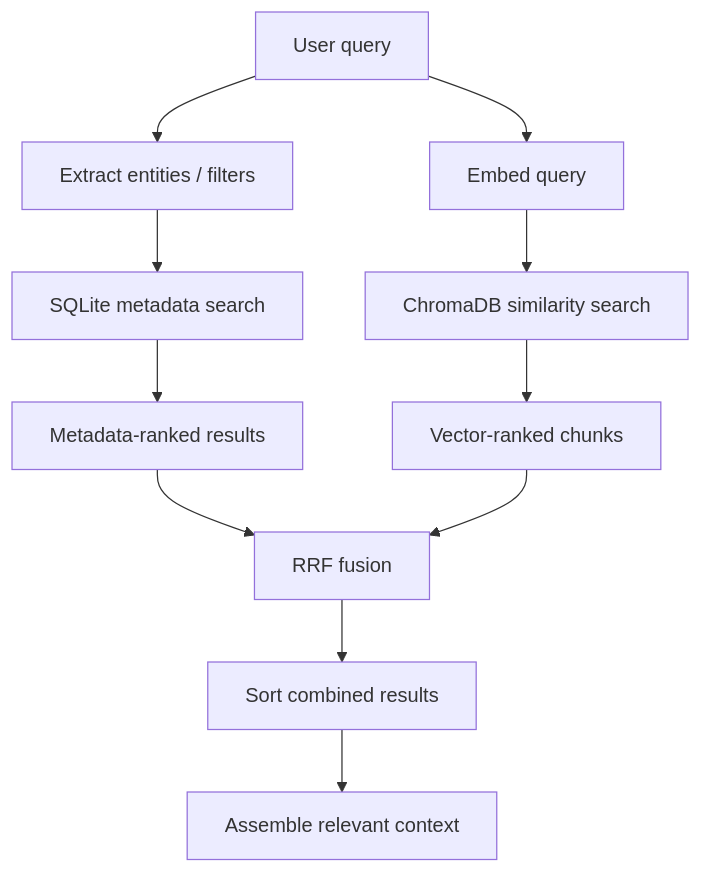
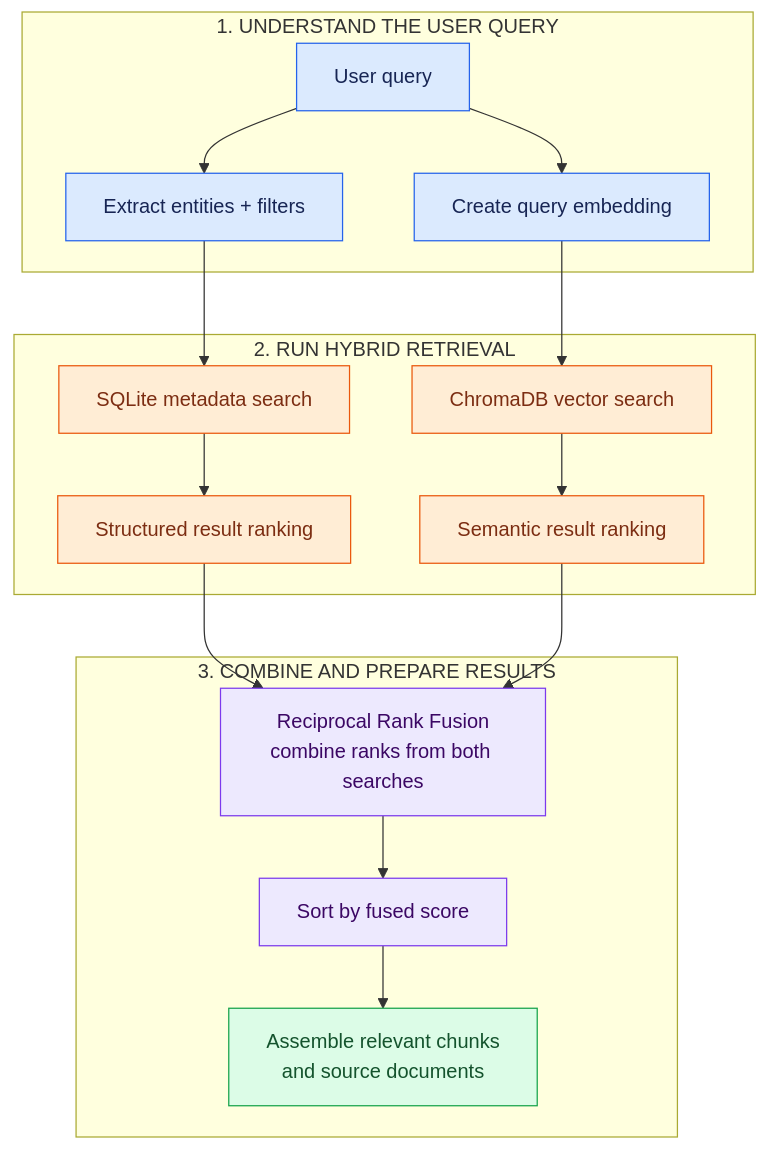
Diagram 11 of 15 in README.md (pratik-0302/job_description_agent), drawn with Mermaid before and after one commit. The commit also changed other lines of this file, not shown here.

Commit message:
docs: standardize README diagrams with staged architecture flows

````diff
--- a/README.md
+++ b/README.md
@@ -711,13 +860,30 @@
 ```mermaid
-flowchart TD
-    Q["User query"] --> PARSE["Extract entities / filters"]
-    Q --> EMBED["Embed query"]
-    PARSE --> SQL["SQLite metadata search"]
-    EMBED --> CHROMA["ChromaDB similarity search"]
-    SQL --> SQLR["Metadata-ranked results"]
-    CHROMA --> VECR["Vector-ranked chunks"]
-    SQLR --> FUSE["RRF fusion"]
-    VECR --> FUSE
-    FUSE --> RANK["Sort combined results"]
-    RANK --> CONTEXT["Assemble relevant context"]
+flowchart TB
+    subgraph INPUT["1. UNDERSTAND THE USER QUERY"]
+        QUERY["User query"] --> PARSE["Extract entities + filters"]
+        QUERY --> QEMBED["Create query embedding"]
+    end
+
+    subgraph PARALLEL["2. RUN HYBRID RETRIEVAL"]
+        PARSE --> SQL["SQLite metadata search"]
+        QEMBED --> CHROMA["ChromaDB vector search"]
+        SQL --> SQLR["Structured result ranking"]
+        CHROMA --> VECR["Semantic result ranking"]
+    end
+
+    subgraph FUSION["3. COMBINE AND PREPARE RESULTS"]
+        SQLR --> RRF["Reciprocal Rank Fusion<br/>combine ranks from both searches"]
+        VECR --> RRF
+        RRF --> SORT["Sort by fused score"]
+        SORT --> CONTEXT["Assemble relevant chunks<br/>and source documents"]
+    end
+
+    classDef input fill:#dbeafe,stroke:#2563eb,color:#172554
+    classDef retrieval fill:#ffedd5,stroke:#ea580c,color:#7c2d12
+    classDef fusion fill:#ede9fe,stroke:#7c3aed,color:#3b0764
+    classDef output fill:#dcfce7,stroke:#16a34a,color:#14532d
+    class QUERY,PARSE,QEMBED input
+    class SQL,CHROMA,SQLR,VECR retrieval
+    class RRF,SORT fusion
+    class CONTEXT output
 ```
````
